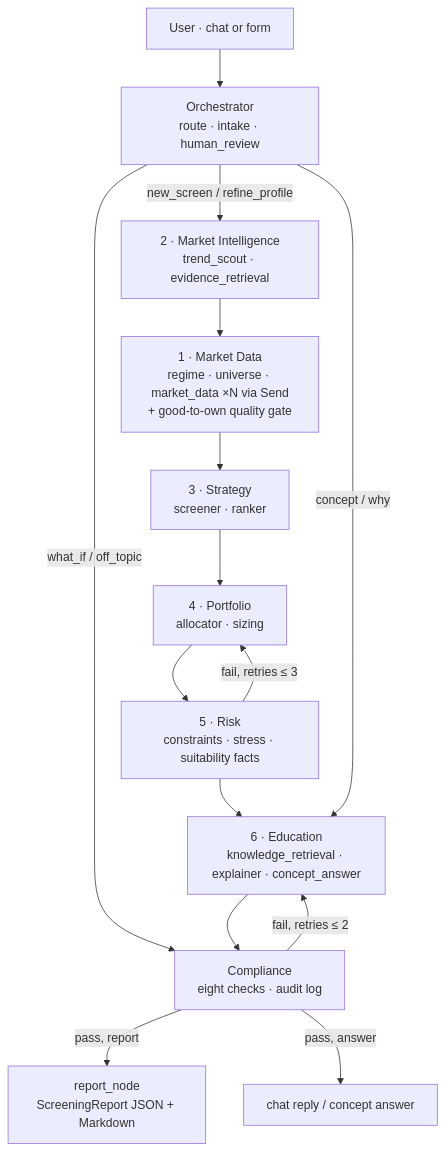
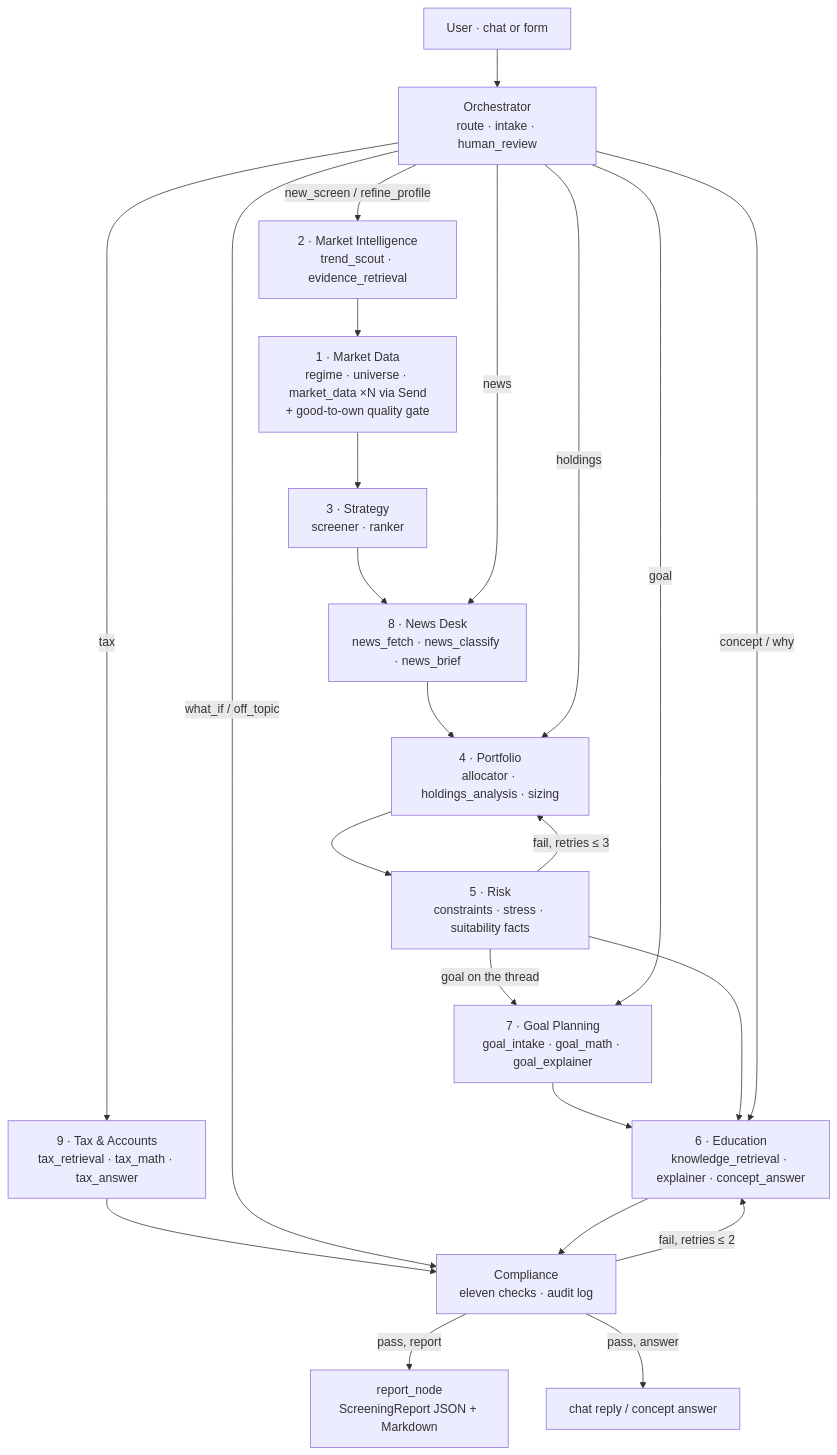
One commit to SachiK0thari/options-scout-ai changed the diagram in README.md. Above: the diagram before and after it, drawn with Mermaid. The commit also changed other lines of this file and 234 other files, not shown here.

Commit message:
phase 12 steps 12.1–12.7: knowledge base to 120 docs, goal, news and tax agents, holdings, learning path

````diff
--- a/README.md
+++ b/README.md
@@ -79,17 +80,25 @@
 ```mermaid
 flowchart TD
     U[User · chat or form] --> O[Orchestrator<br/>route · intake · human_review]
     O -->|new_screen / refine_profile| MI[2 · Market Intelligence<br/>trend_scout · evidence_retrieval]
     MI --> MD[1 · Market Data<br/>regime · universe · market_data ×N via Send<br/>+ good-to-own quality gate]
     MD --> ST[3 · Strategy<br/>screener · ranker]
-    ST --> PF[4 · Portfolio<br/>allocator · sizing]
+    ST --> ND[8 · News Desk<br/>news_fetch · news_classify · news_brief]
+    ND --> PF[4 · Portfolio<br/>allocator · holdings_analysis · sizing]
     PF --> RK[5 · Risk<br/>constraints · stress · suitability facts]
     RK -->|fail, retries ≤ 3| PF
+    RK -->|goal on the thread| GP[7 · Goal Planning<br/>goal_intake · goal_math · goal_explainer]
+    GP --> ED
     RK --> ED[6 · Education<br/>knowledge_retrieval · explainer · concept_answer]
     O -->|concept / why| ED
+    O -->|goal| GP
+    O -->|holdings| PF
+    O -->|news| ND
+    O -->|tax| TX[9 · Tax & Accounts<br/>tax_retrieval · tax_math · tax_answer]
+    TX --> CP
     O -->|what_if / off_topic| CP
-    ED --> CP[Compliance<br/>eight checks · audit log]
+    ED --> CP[Compliance<br/>eleven checks · audit log]
     CP -->|fail, retries ≤ 2| ED
     CP -->|pass, report| R[report_node<br/>ScreeningReport JSON + Markdown]
     CP -->|pass, answer| A[chat reply / concept answer]
 ```
````
